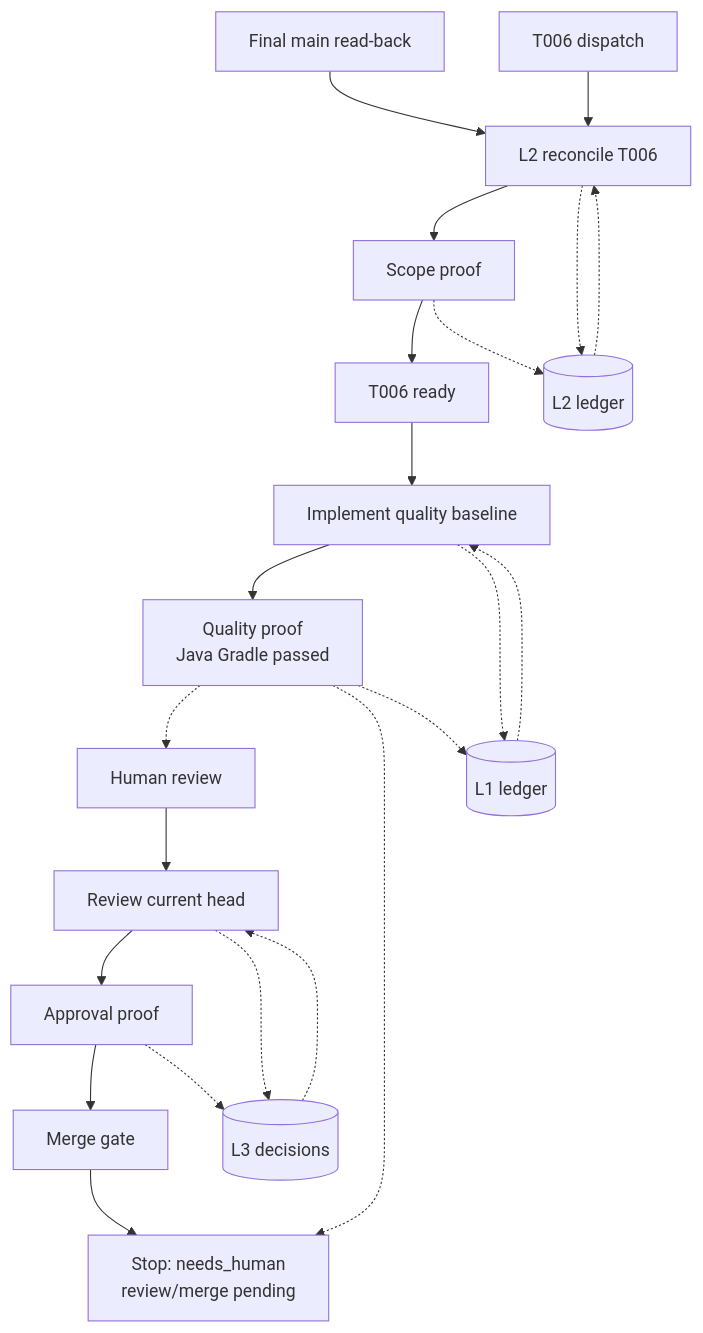
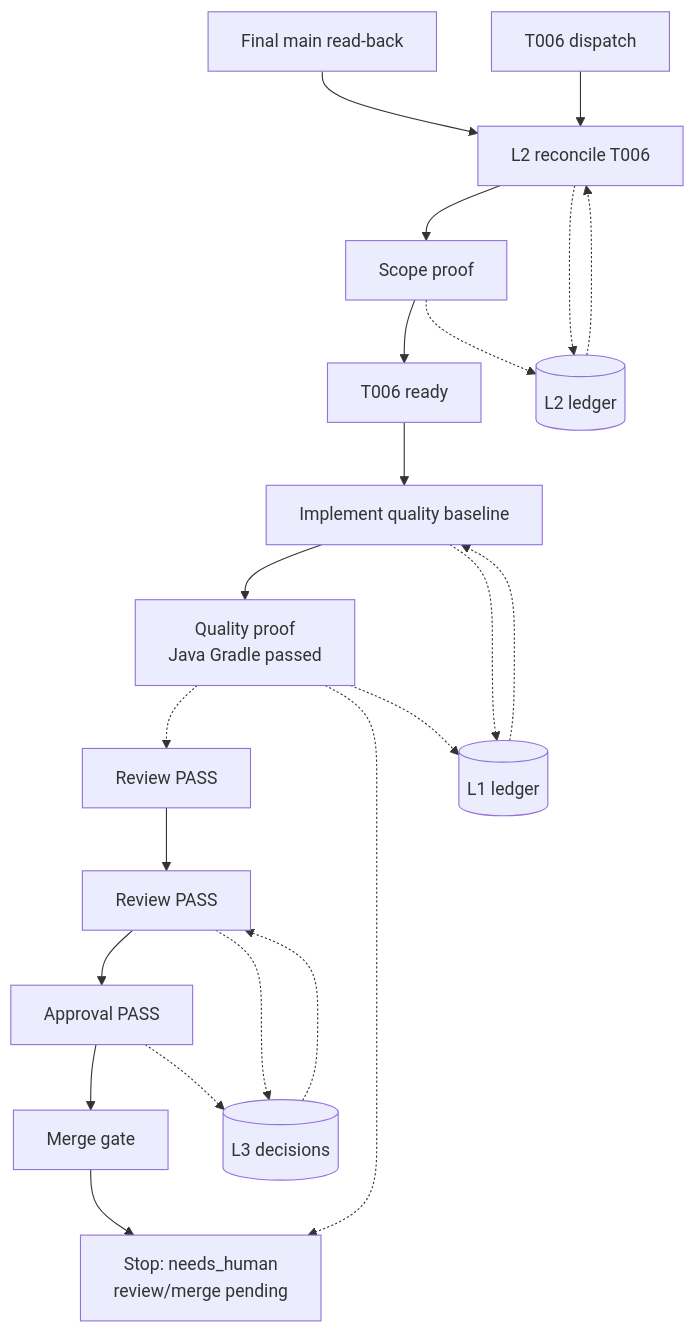
The diagram in .loop/t006-quality-baseline-graphify-loop.mmd (bynanci/courtside-tw), drawn with Mermaid before and after one commit.

Commit message:
review(T006): reflect current-head pass

```diff
--- a/.loop/t006-quality-baseline-graphify-loop.mmd
+++ b/.loop/t006-quality-baseline-graphify-loop.mmd
@@ -1,22 +1,22 @@
 flowchart TD
   x["Final main read-back"] --> a2["L2 reconcile T006"]
   t2["T006 dispatch"] --> a2
   a2 --> p2["Scope proof"]
   p2 --> t1["T006 ready"]
   t1 --> a1["Implement quality baseline"]
   a1 --> p1["Quality proof\nJava Gradle passed"]
-  p1 -.-> t3["Human review"]
+  p1 -.-> t3["Review PASS"]
   p1 -.-> stop["Stop: needs_human\nreview/merge pending"]
-  t3 --> a3["Review current head"]
-  a3 --> p3["Approval proof"]
+  t3 --> a3["Review PASS"]
+  a3 --> p3["Approval PASS"]
   p3 --> gate["Merge gate"]
   gate --> stop
   a2 -.-> m2[("L2 ledger")]
   p2 -.-> m2
   m2 -.-> a2
   a1 -.-> m1[("L1 ledger")]
   p1 -.-> m1
   m1 -.-> a1
   a3 -.-> m3[("L3 decisions")]
   p3 -.-> m3
   m3 -.-> a3
```
